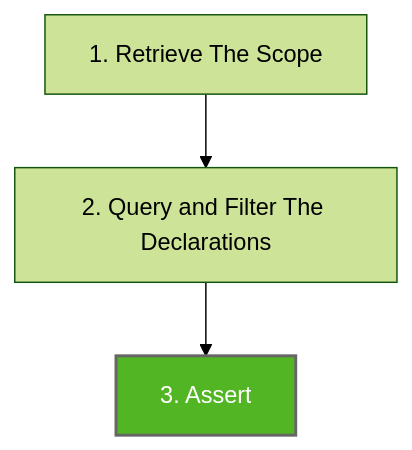
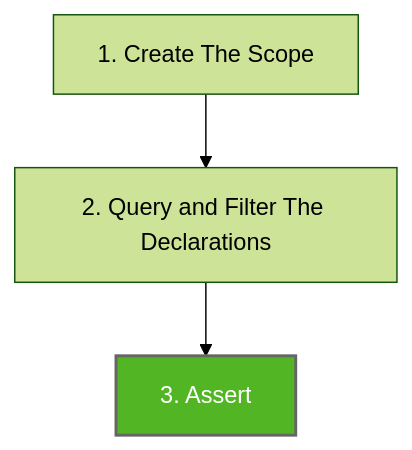
One commit to LemonAppDev/konsist-documentation changed the diagram in features/assert.md. Above: the diagram before and after it, drawn with Mermaid. The commit also changed 2 other files, not shown here.

Commit message:
GITBOOK-112: change request with no subject merged in GitBook

````diff
--- a/features/assert.md
+++ b/features/assert.md
@@ -9,8 +9,8 @@
 ```mermaid
 %%{init: {'theme':'forest'}}%%
 flowchart TB
-    Step1["1. Retrieve The Scope"]-->Step2
+    Step1["1. Create The Scope"]-->Step2
     Step2["2. Query and Filter The Declarations"]-->Step3
     Step3["3. Assert"]
     style Step3 fill:#52B523,stroke:#666,stroke-width:2px,color:#fff
 ```
````
